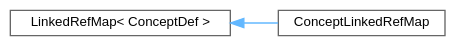
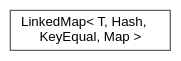
Before and after one commit to tim-gromeyer/doxygen: the diagram in inherit_graph_540.dot, drawn with Graphviz. The commit also changed 3966 other files, not shown here.

```diff
--- a/inherit_graph_540.dot
+++ b/inherit_graph_540.dot
@@ -1,12 +1,10 @@
 digraph "Graphical Class Hierarchy"
 {
  // INTERACTIVE_SVG=YES
  // LATEX_PDF_SIZE
   bgcolor="transparent";
   edge [fontname=Helvetica,fontsize=10,labelfontname=Helvetica,labelfontsize=10];
   node [fontname=Helvetica,fontsize=10,shape=box,height=0.2,width=0.4];
   rankdir="LR";
-  Node0 [label="LinkedRefMap\< ConceptDef \>",height=0.2,width=0.4,color="grey40", fillcolor="white", style="filled",URL="$d2/db7/class_linked_ref_map.html",tooltip=" "];
-  Node0 -> Node1 [dir="back",color="steelblue1",style="solid"];
-  Node1 [label="ConceptLinkedRefMap",height=0.2,width=0.4,color="grey40", fillcolor="white", style="filled",URL="$d4/daa/class_concept_linked_ref_map.html",tooltip=" "];
+  Node0 [label="LinkedMap\< T, Hash,\l KeyEqual, Map \>",height=0.2,width=0.4,color="grey40", fillcolor="white", style="filled",URL="$d0/d2c/class_linked_map.html",tooltip="Container class representing a vector of objects with keys."];
 }
```
